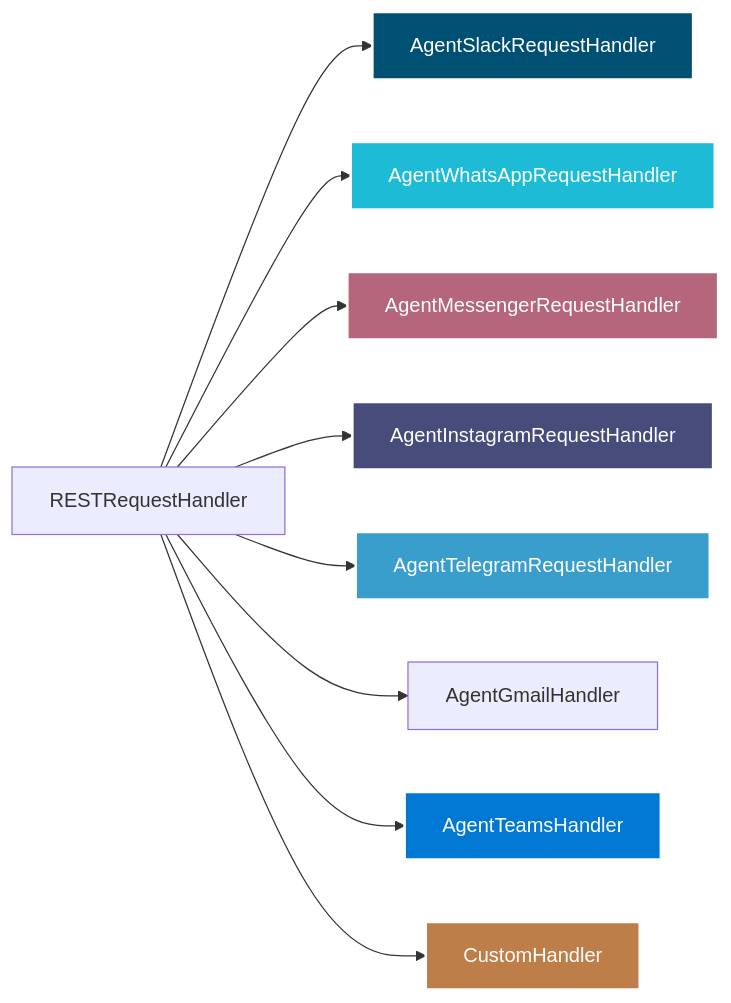
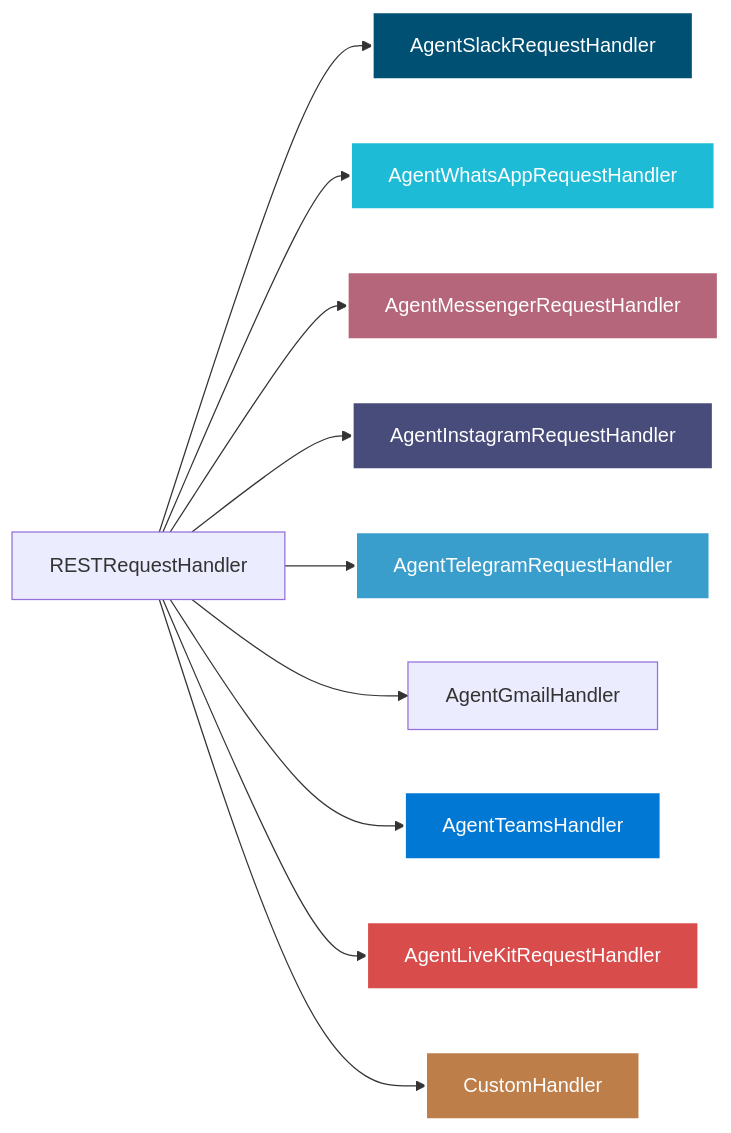
Before and after one commit to yaalalabs/agent-kernel: the second of 2 diagrams in docs/docs/integrations/overview.md, drawn with Mermaid. The commit also changed other lines of this file and 16 other files, not shown here.

Commit message:
feat: integrate LiveKit for real-time voice agents

````diff
--- a/docs/docs/integrations/overview.md
+++ b/docs/docs/integrations/overview.md
@@ -52,18 +57,19 @@
 ```mermaid
 ---
 config:
   layout: dagre
   elk: true
 ---
 flowchart LR
     
-    D["RESTRequestHandler"] --> I["AgentSlackRequestHandler"] & J["AgentWhatsAppRequestHandler"] & K["AgentMessengerRequestHandler"] & M["AgentInstagramRequestHandler"] & O["AgentTelegramRequestHandler"] & P["AgentGmailHandler"] & T["AgentTeamsHandler"] & N["CustomHandler"]
+    D["RESTRequestHandler"] --> I["AgentSlackRequestHandler"] & J["AgentWhatsAppRequestHandler"] & K["AgentMessengerRequestHandler"] & M["AgentInstagramRequestHandler"] & O["AgentTelegramRequestHandler"] & P["AgentGmailHandler"] & T["AgentTeamsHandler"] & L["AgentLiveKitRequestHandler"] & N["CustomHandler"]
 
     style I fill:#005073,stroke:#fff,stroke-width:2px,color:#fff
     style J fill:#1ebbd7,stroke:#fff,stroke-width:2px,color:#fff
     style K fill:#b5667b,stroke:#fff,stroke-width:2px,color:#fff
     style M fill:#484c7a,stroke:#fff,stroke-width:2px,color:#fff
     style O fill:#3a9ecc,stroke:#fff,stroke-width:2px,color:#fff
     style T fill:#0078D4,stroke:#fff,stroke-width:2px,color:#fff
+    style L fill:#d94c4c,stroke:#fff,stroke-width:2px,color:#fff
     style N fill:#bd7e4a,stroke:#fff,stroke-width:2px,color:#fff
 ```
````
